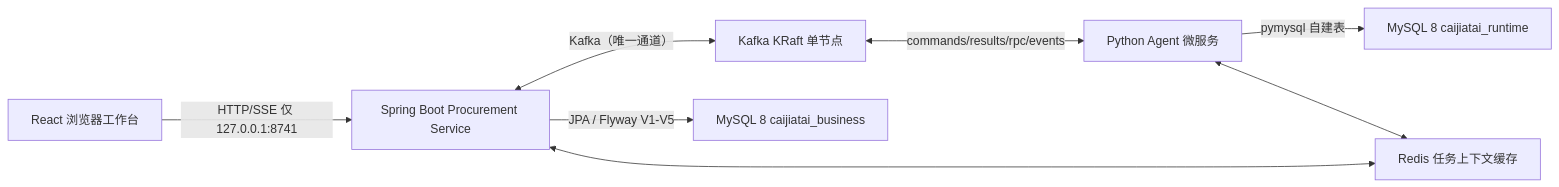
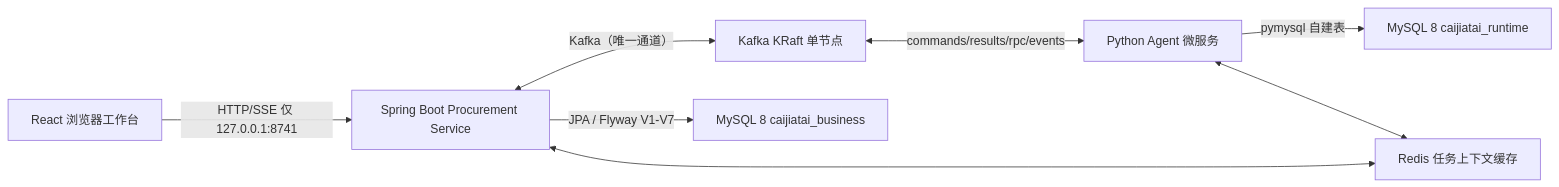
One commit to zxl666ab-sketch/agentharness changed the first of 2 diagrams in docs/architecture.md. Above: the diagram before and after it, drawn with Mermaid. The commit also changed other lines of this file and 128 other files, not shown here.

````diff
--- a/docs/architecture.md
+++ b/docs/architecture.md
@@ -8,10 +8,10 @@
 ```mermaid
 flowchart LR
     Browser["React 浏览器工作台"] -->|"HTTP/SSE 仅 127.0.0.1:8741"| Java["Spring Boot Procurement Service"]
     Java <-->|"Kafka（唯一通道）"| Kafka["Kafka KRaft 单节点"]
     Kafka <-->|"commands/results/rpc/events"| Python["Python Agent 微服务"]
-    Java -->|"JPA / Flyway V1-V5"| MySQL["MySQL 8 caijiatai_business"]
+    Java -->|"JPA / Flyway V1-V7"| MySQL["MySQL 8 caijiatai_business"]
     Python -->|"pymysql 自建表"| RuntimeDB["MySQL 8 caijiatai_runtime"]
     Java <--> Redis["Redis 任务上下文缓存"]
     Python <--> Redis
 ```
````
